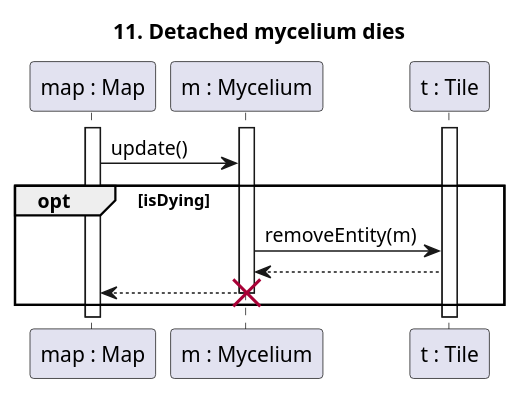
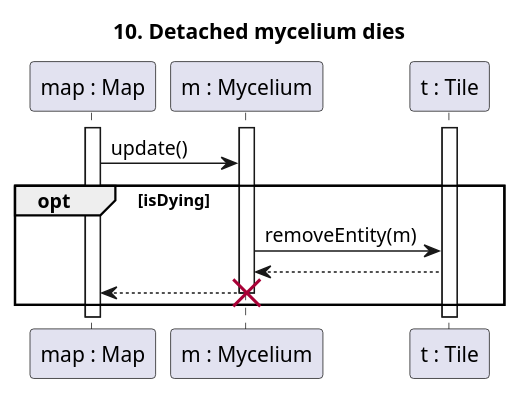
One commit to Harcipan/Projlab_nullpointerexception changed the diagram in diagrams/diagramFiles/SQ_MyceliumDies.puml. Above: the diagram before and after it, drawn with PlantUML. The commit also changed 22 other files, not shown here.

Commit message:
Fixed Insect-Spore diagrams, fixing numbers

```diff
--- a/diagrams/diagramFiles/SQ_MyceliumDies.puml
+++ b/diagrams/diagramFiles/SQ_MyceliumDies.puml
@@ -1,24 +1,24 @@
 @startuml Mycelium dies
 
-title 11. Detached mycelium dies
+title 10. Detached mycelium dies
 
 participant "map : Map" as M
 participant "m : Mycelium" as T
 participant "t : Tile" as Tl
 
 activate T
 activate M
 activate Tl
 
 M -> T : update()
 opt isDying
     T -> Tl : removeEntity(m)
     Tl --> T
     T --> M
 
 destroy T
 
 end
 
 
 @enduml
```
